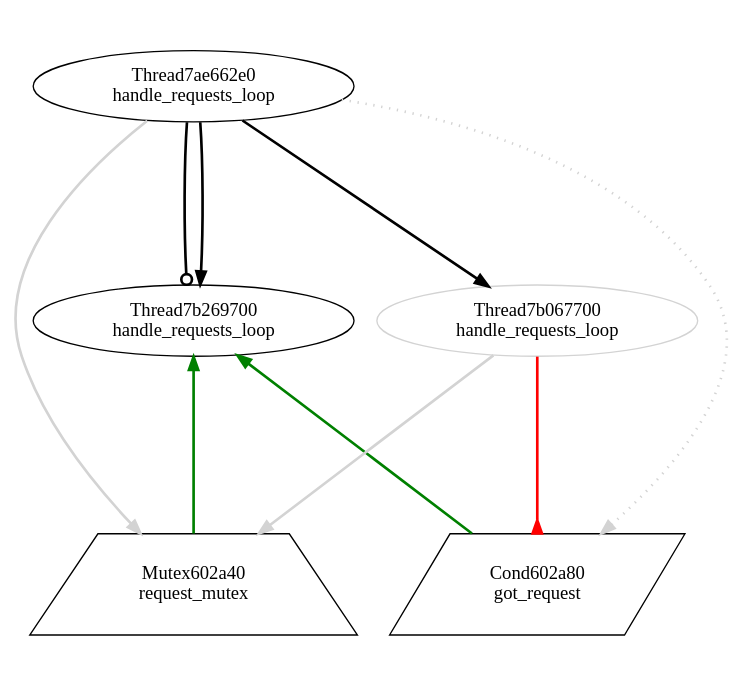
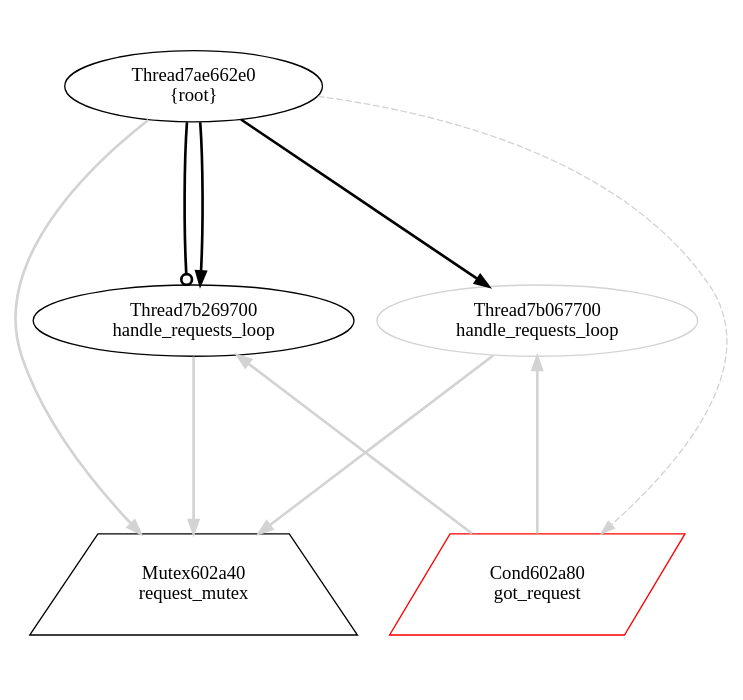
One commit to v4o6/cs410 changed the diagram in view/dot/graph046.dot. Above: the diagram before and after it, drawn with Graphviz. The commit also changed 102 other files, not shown here.

Commit message:
root thread's function should be unknown

```diff
--- a/view/dot/graph046.dot
+++ b/view/dot/graph046.dot
@@ -1,17 +1,17 @@
 digraph G {
 graph[center=true, ratio=1];
 Mutex602a40 [shape=trapezium,color=black,label="Mutex602a40\nrequest_mutex"];
-Cond602a80 [shape=parallelogram,color=black,label="Cond602a80\ngot_request"];
-Thread7ae662e0 [color=black,label="Thread7ae662e0\nhandle_requests_loop"];
+Cond602a80 [shape=parallelogram,color=red,label="Cond602a80\ngot_request"];
+Thread7ae662e0 [color=black,label="Thread7ae662e0\n{root}"];
 Thread7ae662e0 -> Thread7b269700 [arrowhead=odot,penwidth=2];
 Thread7ae662e0 -> Mutex602a40 [arrowhead=normal,color=lightgray,penwidth=2];
-Thread7ae662e0 -> Cond602a80 [style=dotted,color=lightgray,penwidth=2];
+Thread7ae662e0 -> Cond602a80 [style=dashed,color=lightgray,penwdith=2];
 Thread7ae662e0 -> Thread7b269700 [arrowhead=normal,penwidth=2];
 Thread7ae662e0 -> Thread7b067700 [arrowhead=normal,penwidth=2];
 Thread7b269700 [color=black,label="Thread7b269700\nhandle_requests_loop"];
-Thread7b269700 -> Mutex602a40 [arrowhead=normal,color=green,dir=back,penwidth=2];
-Thread7b269700 -> Cond602a80 [arrowhead=inv,color=green,dir=back,penwidth=2];
+Thread7b269700 -> Mutex602a40 [arrowhead=normal,color=lightgray,penwidth=2];
+Thread7b269700 -> Cond602a80 [arrowhead=normal,color=lightgray,dir=back,penwidth=2];
 Thread7b067700 [color=lightgray,label="Thread7b067700\nhandle_requests_loop"];
 Thread7b067700 -> Mutex602a40 [arrowhead=normal,color=lightgray,penwidth=2];
-Thread7b067700 -> Cond602a80 [arrowhead=inv,color=red,penwidth=2];
+Thread7b067700 -> Cond602a80 [arrowhead=normal,color=lightgray,dir=back,penwidth=2];
 }
```
